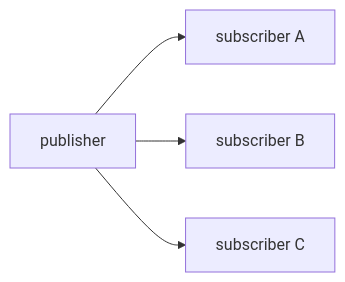
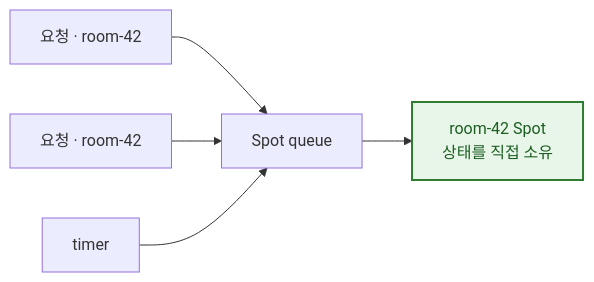
The second of 8 diagrams in framework/doc/framework/dotnet/guide/03-concepts.ko.md (kairos-code-dev/zlink), drawn with Mermaid before and after one commit. The commit also changed other lines of this file and 87 other files, not shown here.

````diff
--- a/framework/doc/framework/dotnet/guide/03-concepts.ko.md
+++ b/framework/doc/framework/dotnet/guide/03-concepts.ko.md
@@ -177,7 +109,9 @@
 ```mermaid
 %%{init: {'themeVariables': {'edgeLabelBackground':'transparent'}}}%%
-graph LR
-    P["publisher"] --> S1["subscriber A"]
-    P --> S2["subscriber B"]
-    P --> S3["subscriber C"]
+flowchart LR
+  R1["요청 · room-42"] --> Q["Spot queue"]
+  R2["요청 · room-42"] --> Q
+  T["timer"] --> Q
+  Q --> S["room-42 Spot<br/>상태를 직접 소유"]:::spot
+  classDef spot fill:#e8f5e9,stroke:#2e7d32,stroke-width:2px,color:#1b5e20
 ```
````
